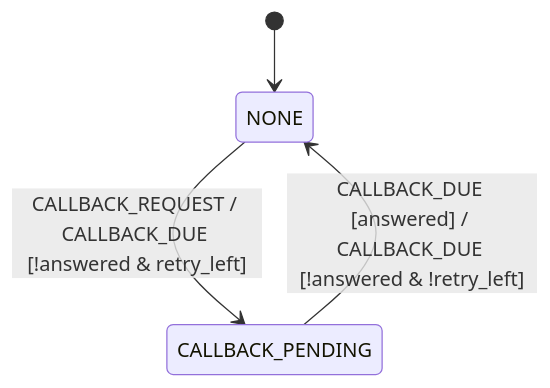
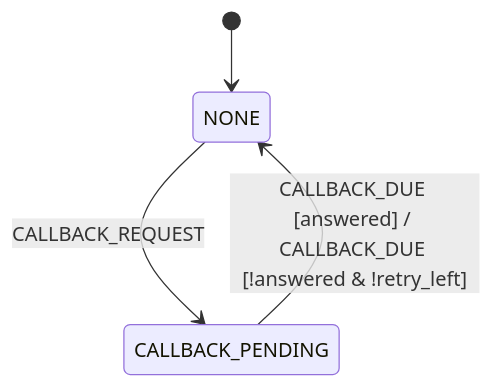
One commit to dripston/kairos changed the tenth of 25 diagrams in STATES.md. Above: the diagram before and after it, drawn with Mermaid. The commit also changed other lines of this file and 4 other files, not shown here.

````diff
--- a/STATES.md
+++ b/STATES.md
@@ -723,6 +727,6 @@
 ```mermaid
 stateDiagram-v2
     [*] --> NONE
-    NONE --> CALLBACK_PENDING : CALLBACK_REQUEST / CALLBACK_DUE [!answered & retry_left]
+    NONE --> CALLBACK_PENDING : CALLBACK_REQUEST
     CALLBACK_PENDING --> NONE : CALLBACK_DUE [answered] / CALLBACK_DUE [!answered & !retry_left]
 ```
````
